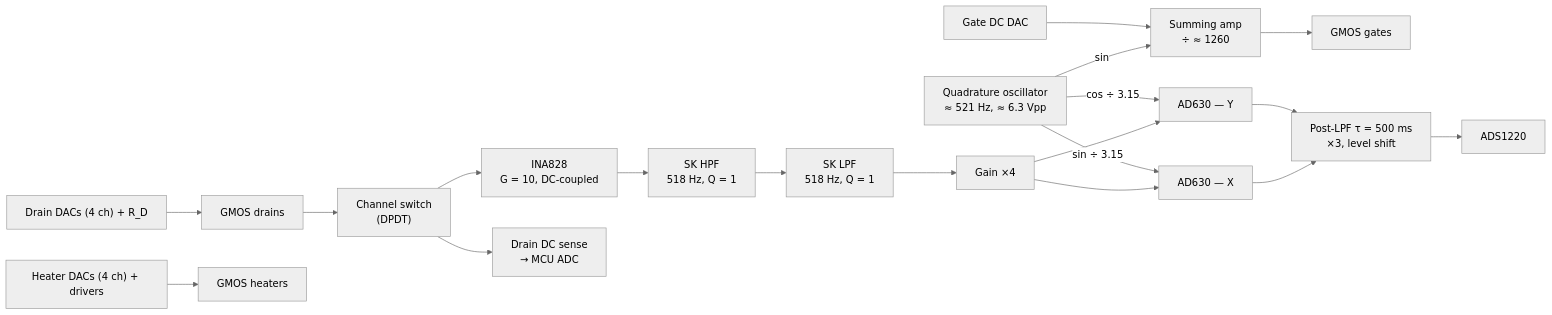
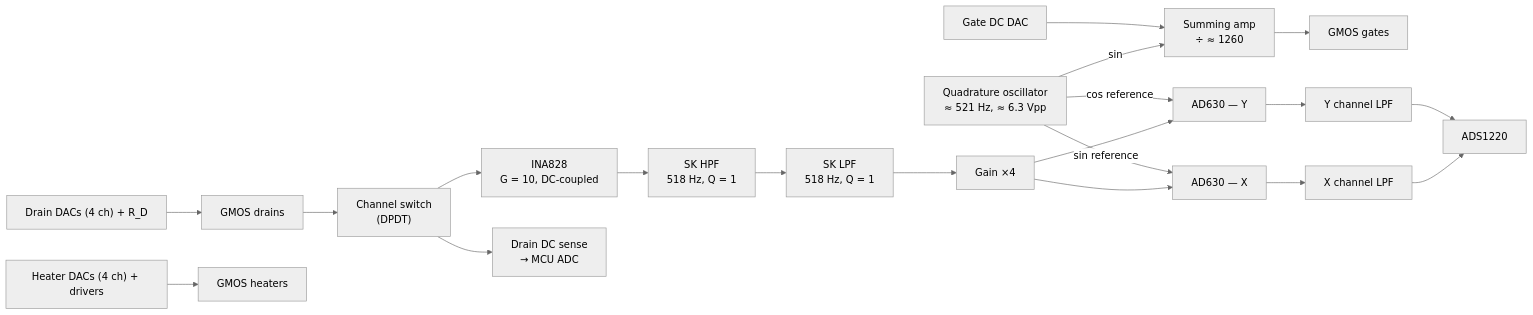
One commit to elizeltser/LIA-board changed the second of 3 diagrams in README.md. Above: the diagram before and after it, drawn with Mermaid (neutral theme). The commit also changed other lines of this file, not shown here.

````diff
--- a/README.md
+++ b/README.md
@@ -391,21 +386,22 @@
 ```mermaid
 flowchart LR
     OSC["Quadrature oscillator<br/>≈ 521 Hz, ≈ 6.3 Vpp"] -->|sin| SUM["Summing amp<br/>÷ ≈ 1260"]
     GDAC["Gate DC DAC"] --> SUM
     SUM --> GATE["GMOS gates"]
     DDAC["Drain DACs (4 ch) + R_D"] --> DRAIN["GMOS drains"]
     HDAC["Heater DACs (4 ch) + drivers"] --> HEAT["GMOS heaters"]
     DRAIN --> SW["Channel switch<br/>(DPDT)"]
     SW --> INA["INA828<br/>G = 10, DC-coupled"]
     SW --> DCS["Drain DC sense<br/>→ MCU ADC"]
     INA --> HPF["SK HPF<br/>518 Hz, Q = 1"]
     HPF --> LPF["SK LPF<br/>518 Hz, Q = 1"]
     LPF --> G4["Gain ×4"]
     G4 --> AD630X["AD630 — X"]
     G4 --> AD630Y["AD630 — Y"]
-    OSC -->|"sin ÷ 3.15"| AD630X
-    OSC -->|"cos ÷ 3.15"| AD630Y
-    AD630X --> PLPF["Post-LPF τ = 500 ms<br/>×3, level shift"]
-    AD630Y --> PLPF
-    PLPF --> ADC["ADS1220"]
+    OSC -->|"sin reference"| AD630X
+    OSC -->|"cos reference"| AD630Y
+    AD630X --> XPLPF["X channel LPF"]
+    AD630Y --> YPLPF["Y channel LPF"]
+    XPLPF --> ADC["ADS1220"]
+    YPLPF --> ADC["ADS1220"]
 ```
````
